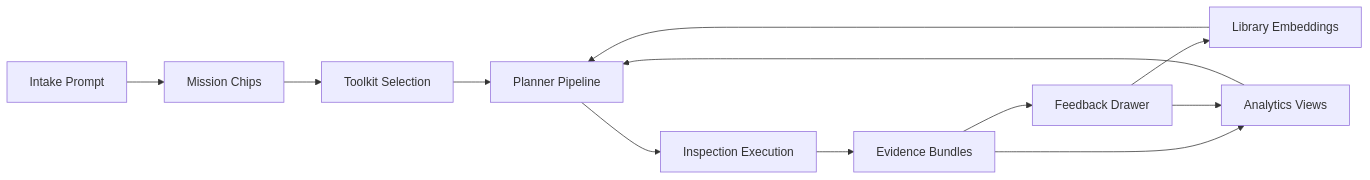
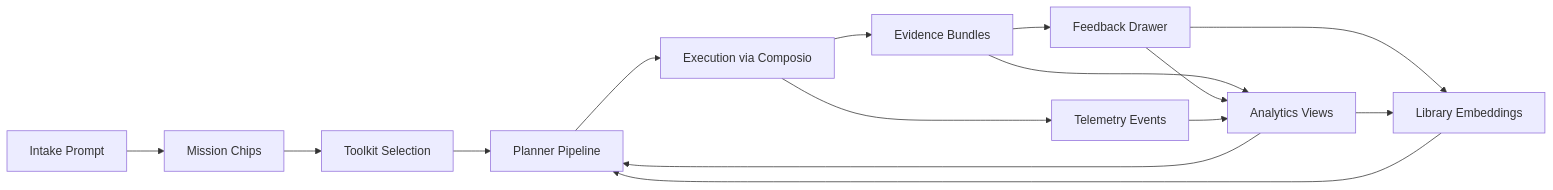
The second of 3 diagrams in docs/06_data_intelligence.md (maxbaluev/ai_employee_0), drawn with Mermaid before and after one commit. The commit also changed other lines of this file and 3 other files, not shown here.

````diff
--- a/docs/06_data_intelligence.md
+++ b/docs/06_data_intelligence.md
@@ -57,24 +63,28 @@
 ```mermaid
 flowchart LR
   Intent[Intake Prompt]
   Chips[Mission Chips]
+  Toolkit[Toolkit Selection]
   Planner[Planner Pipeline]
-  Toolkit[Toolkit Selection]
-  Execution[Inspection Execution]
+  Execution[Execution via Composio]
   Evidence[Evidence Bundles]
   Feedback[Feedback Drawer]
   Library[Library Embeddings]
   Analytics[Analytics Views]
+  Telemetry[Telemetry Events]
 
   Intent --> Chips
   Chips --> Toolkit
   Toolkit --> Planner
   Planner --> Execution
   Execution --> Evidence
+  Execution --> Telemetry
   Evidence --> Feedback
+  Evidence --> Analytics
   Feedback --> Library
+  Feedback --> Analytics
   Library --> Planner
-  Evidence --> Analytics
-  Feedback --> Analytics
+  Analytics --> Library
+  Telemetry --> Analytics
   Analytics --> Planner
 ```
````
